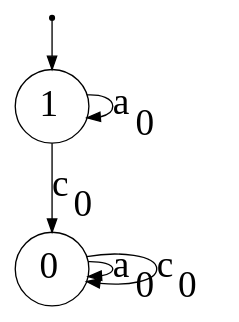
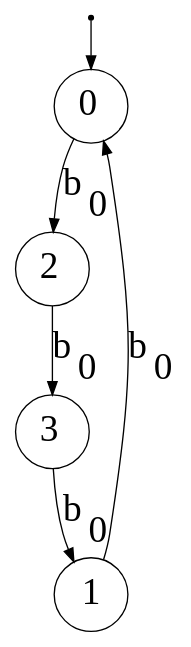
The diagram in dotsource.dot (Reithger/Finite-State-Machine-Model), drawn with Graphviz before and after one commit. The commit also changed 10 other files, not shown here.

```diff
--- a/dotsource.dot
+++ b/dotsource.dot
@@ -1,10 +1,12 @@
 digraph G {
 "n0"[label= <0> shape=circle color="black" style=wedged fillcolor="white" style=filled fontsize="28"];
+"ArbitraryUnusedNameNoWorriesJustGrooving1"[fontSize=1 shape=point];
 "n1"[label= <1> shape=circle color="black" style=wedged fillcolor="white" style=filled fontsize="28"];
-"ArbitraryUnusedNameNoWorriesJustGrooving2"[fontSize=1 shape=point];
-{"ArbitraryUnusedNameNoWorriesJustGrooving2"}->{"n1"};
-{"n0"}->{"n0"}[label = <a<sub>0</sub>> color="black" arrowhead="normal" style="" fontsize="28"];
-{"n0"}->{"n0"}[label = <c<sub>0</sub>> color="black" arrowhead="normal" style="" fontsize="28"];
-{"n1"}->{"n0"}[label = <c<sub>0</sub>> color="black" arrowhead="normal" style="" fontsize="28"];
-{"n1"}->{"n1"}[label = <a<sub>0</sub>> color="black" arrowhead="normal" style="" fontsize="28"];
+"n2"[label= <2> shape=circle color="black" style=wedged fillcolor="white" style=filled fontsize="28"];
+"n3"[label= <3> shape=circle color="black" style=wedged fillcolor="white" style=filled fontsize="28"];
+{"ArbitraryUnusedNameNoWorriesJustGrooving1"}->{"n0"};
+{"n0"}->{"n2"}[label = <b<sub>0</sub>> color="black" arrowhead="normal" style="" fontsize="28"];
+{"n1"}->{"n0"}[label = <b<sub>0</sub>> color="black" arrowhead="normal" style="" fontsize="28"];
+{"n2"}->{"n3"}[label = <b<sub>0</sub>> color="black" arrowhead="normal" style="" fontsize="28"];
+{"n3"}->{"n1"}[label = <b<sub>0</sub>> color="black" arrowhead="normal" style="" fontsize="28"];
 }
```
